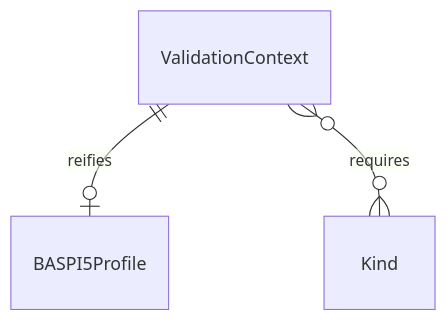
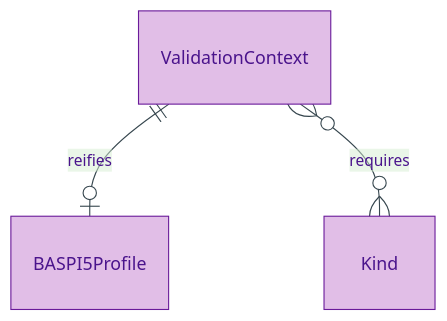
One commit to sparkling/opda changed the diagram in docs/manual/logical/foundation/validation-context.md. Above: the diagram before and after it, drawn with Mermaid. The commit also changed other lines of this file and 179 other files, not shown here.

First line of the commit message:
docs(manual): Logical-tier diagram expansion via /diagramming skill

````diff
--- a/docs/manual/logical/foundation/validation-context.md
+++ b/docs/manual/logical/foundation/validation-context.md
@@ -36,5 +41,9 @@
 ```mermaid
+%%{init: {"theme": "base", "themeVariables": {"primaryColor": "#E1BEE7", "primaryTextColor": "#4A148C", "primaryBorderColor": "#6A1B9A", "lineColor": "#37474F"}}}%%
 erDiagram
+    accTitle: ValidationContext — Entity-Relationship Diagram
+    accDescr: ValidationContext reification — one instance per overlay profile (e.g. BASPI5Profile) declaring required Kinds and the dereferenceable profile URI.
+
     ValidationContext ||--o| BASPI5Profile : "reifies"
     ValidationContext }o--o{ Kind : "requires"
 ```
````
